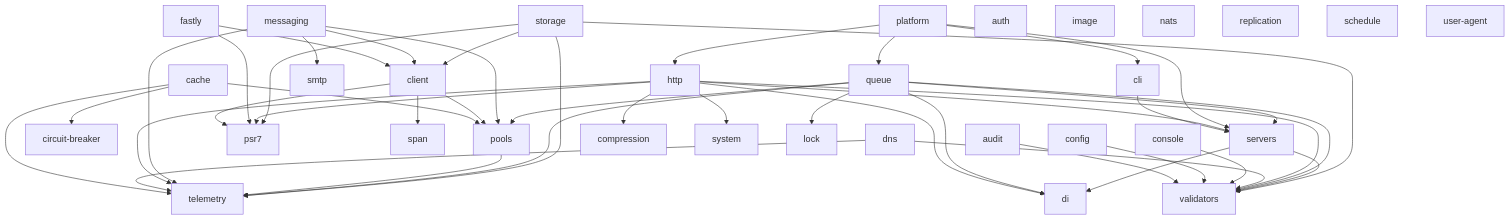
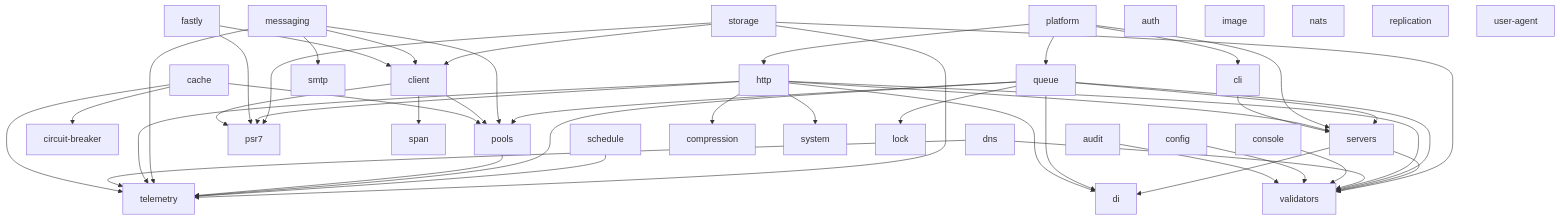
Before and after one commit to utopia-php/monorepo: the diagram in README.md, drawn with Mermaid. The commit also changed 19 other files, not shown here.

````diff
--- a/README.md
+++ b/README.md
@@ -48,51 +48,51 @@
 ```mermaid
 graph TD
     audit --> validators
     cache --> circuit-breaker
     cache --> pools
     cache --> telemetry
     cli --> servers
     client --> pools
     client --> psr7
     client --> span
     config --> validators
     console --> validators
     dns --> telemetry
     dns --> validators
     fastly --> client
     fastly --> psr7
     http --> di
     http --> servers
     http --> compression
     http --> psr7
     http --> telemetry
     http --> validators
     http --> system
     messaging --> client
     messaging --> pools
     messaging --> smtp
     messaging --> telemetry
     platform --> cli
     platform --> http
     platform --> queue
     platform --> servers
     pools --> telemetry
     queue --> di
     queue --> lock
     queue --> servers
     queue --> pools
     queue --> telemetry
     queue --> validators
+    schedule --> telemetry
     servers --> di
     servers --> validators
     storage --> telemetry
     storage --> validators
     storage --> client
     storage --> psr7
     auth
     image
     nats
     replication
-    schedule
     user-agent
 ```
````
